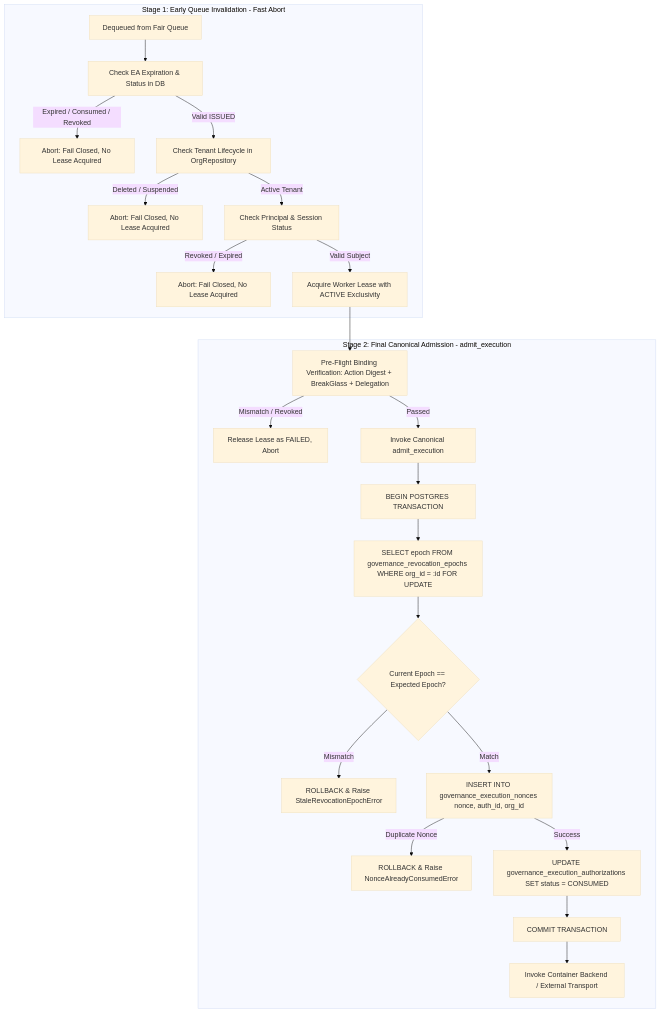
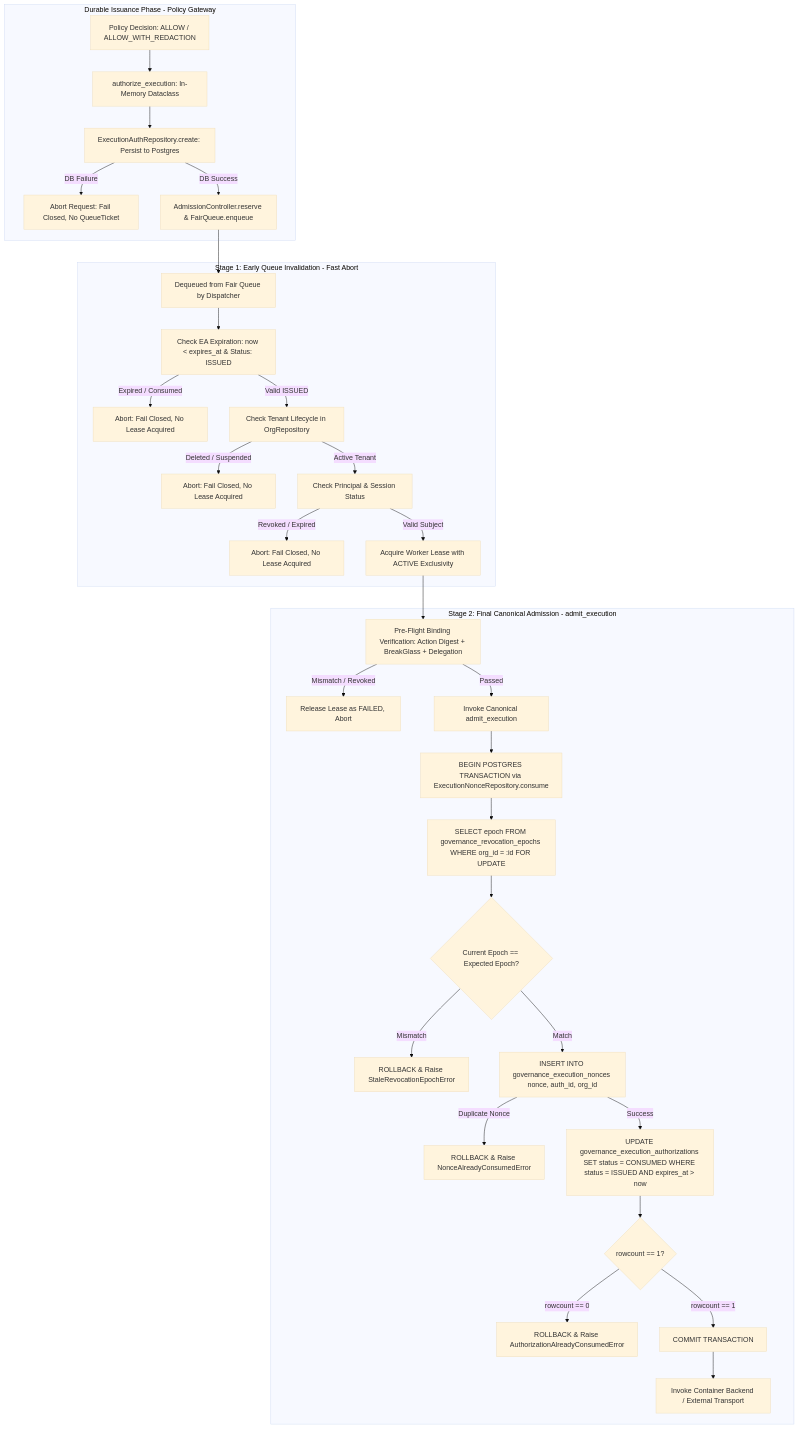
The diagram in docs/phase7a-execution/execution-security-check-ownership.md (Guruprasath-Annadurai/Whitepact), drawn with Mermaid (base theme) before and after one commit. The commit also changed other lines of this file and 9 other files, not shown here.

Commit message:
docs(phase7): bind durable authorization to canonical admission transaction

````diff
--- a/docs/phase7a-execution/execution-security-check-ownership.md
+++ b/docs/phase7a-execution/execution-security-check-ownership.md
@@ -49,27 +48,37 @@
 ```mermaid
 flowchart TD
+    subgraph ISSUANCE [Durable Issuance Phase - Policy Gateway]
+        DEC[Policy Decision: ALLOW / ALLOW_WITH_REDACTION] --> EA_MEM[authorize_execution: In-Memory Dataclass]
+        EA_MEM --> DB_WRITE[ExecutionAuthRepository.create: Persist to Postgres]
+        DB_WRITE -- DB Failure --> ABORT_QUEUE[Abort Request: Fail Closed, No QueueTicket]
+        DB_WRITE -- DB Success --> ENQUEUE[AdmissionController.reserve & FairQueue.enqueue]
+    end
+
     subgraph STAGE1 [Stage 1: Early Queue Invalidation - Fast Abort]
-        Q[Dequeued from Fair Queue] --> C1[Check EA Expiration & Status in DB]
-        C1 -- Expired / Consumed / Revoked --> DROP1[Abort: Fail Closed, No Lease Acquired]
+        ENQUEUE --> Q[Dequeued from Fair Queue by Dispatcher]
+        Q --> C1[Check EA Expiration: now < expires_at & Status: ISSUED]
+        C1 -- Expired / Consumed --> DROP1[Abort: Fail Closed, No Lease Acquired]
         C1 -- Valid ISSUED --> C2[Check Tenant Lifecycle in OrgRepository]
         C2 -- Deleted / Suspended --> DROP2[Abort: Fail Closed, No Lease Acquired]
         C2 -- Active Tenant --> C3[Check Principal & Session Status]
         C3 -- Revoked / Expired --> DROP3[Abort: Fail Closed, No Lease Acquired]
         C3 -- Valid Subject --> LEASE[Acquire Worker Lease with ACTIVE Exclusivity]
     end
 
     subgraph STAGE2 [Stage 2: Final Canonical Admission - admit_execution]
         LEASE --> P1[Pre-Flight Binding Verification: Action Digest + BreakGlass + Delegation]
         P1 -- Mismatch / Revoked --> ABORT_LEASE[Release Lease as FAILED, Abort]
         P1 -- Passed --> ADMIT[Invoke Canonical admit_execution]
-        ADMIT --> TX[BEGIN POSTGRES TRANSACTION]
+        ADMIT --> TX[BEGIN POSTGRES TRANSACTION via ExecutionNonceRepository.consume]
         TX --> LOCK[SELECT epoch FROM governance_revocation_epochs WHERE org_id = :id FOR UPDATE]
         LOCK --> VERIFY_EPOCH{Current Epoch == Expected Epoch?}
         VERIFY_EPOCH -- Mismatch --> ROLLBACK1[ROLLBACK & Raise StaleRevocationEpochError]
         VERIFY_EPOCH -- Match --> INSERT_NONCE[INSERT INTO governance_execution_nonces nonce, auth_id, org_id]
         INSERT_NONCE -- Duplicate Nonce --> ROLLBACK2[ROLLBACK & Raise NonceAlreadyConsumedError]
-        INSERT_NONCE -- Success --> UPDATE_AUTH[UPDATE governance_execution_authorizations SET status = CONSUMED]
-        UPDATE_AUTH --> COMMIT[COMMIT TRANSACTION]
+        INSERT_NONCE -- Success --> UPDATE_AUTH[UPDATE governance_execution_authorizations SET status = CONSUMED WHERE status = ISSUED AND expires_at > now]
+        UPDATE_AUTH --> CHECK_ROWCOUNT{rowcount == 1?}
+        CHECK_ROWCOUNT -- rowcount == 0 --> ROLLBACK3[ROLLBACK & Raise AuthorizationAlreadyConsumedError]
+        CHECK_ROWCOUNT -- rowcount == 1 --> COMMIT[COMMIT TRANSACTION]
         COMMIT --> EXEC[Invoke Container Backend / External Transport]
     end
 ```
````
